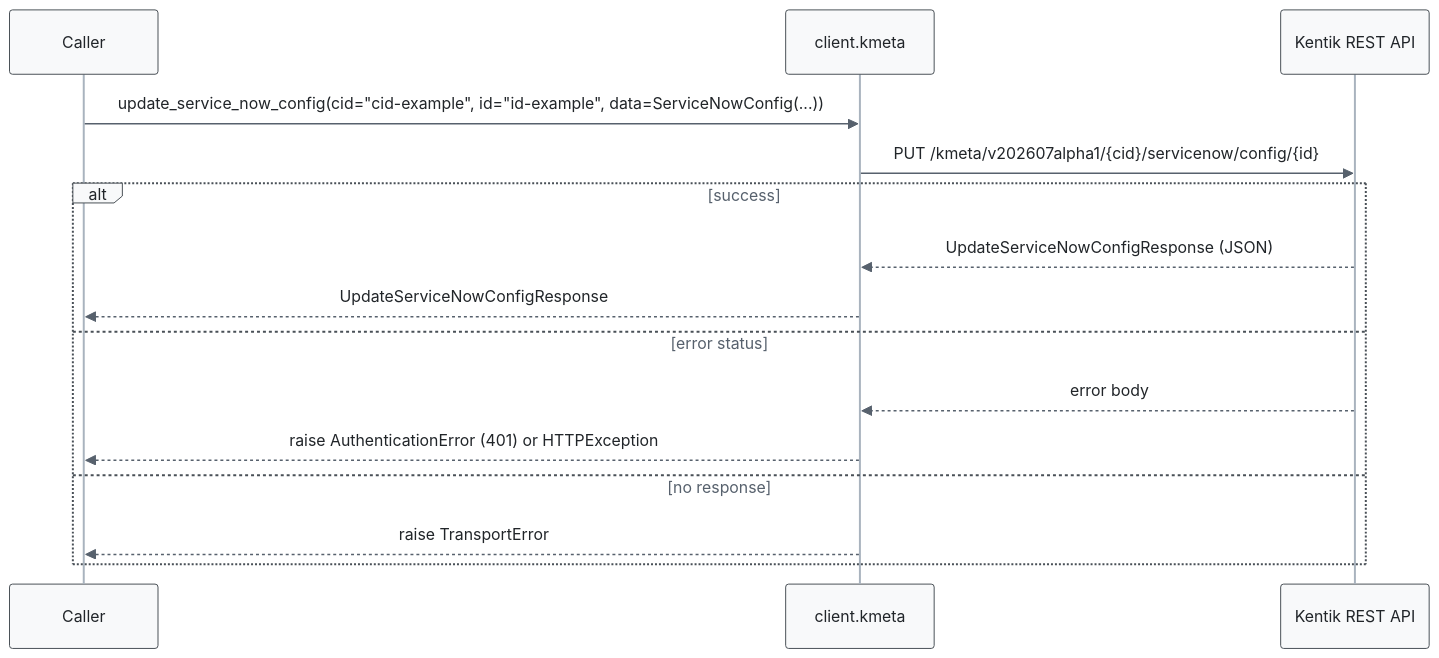
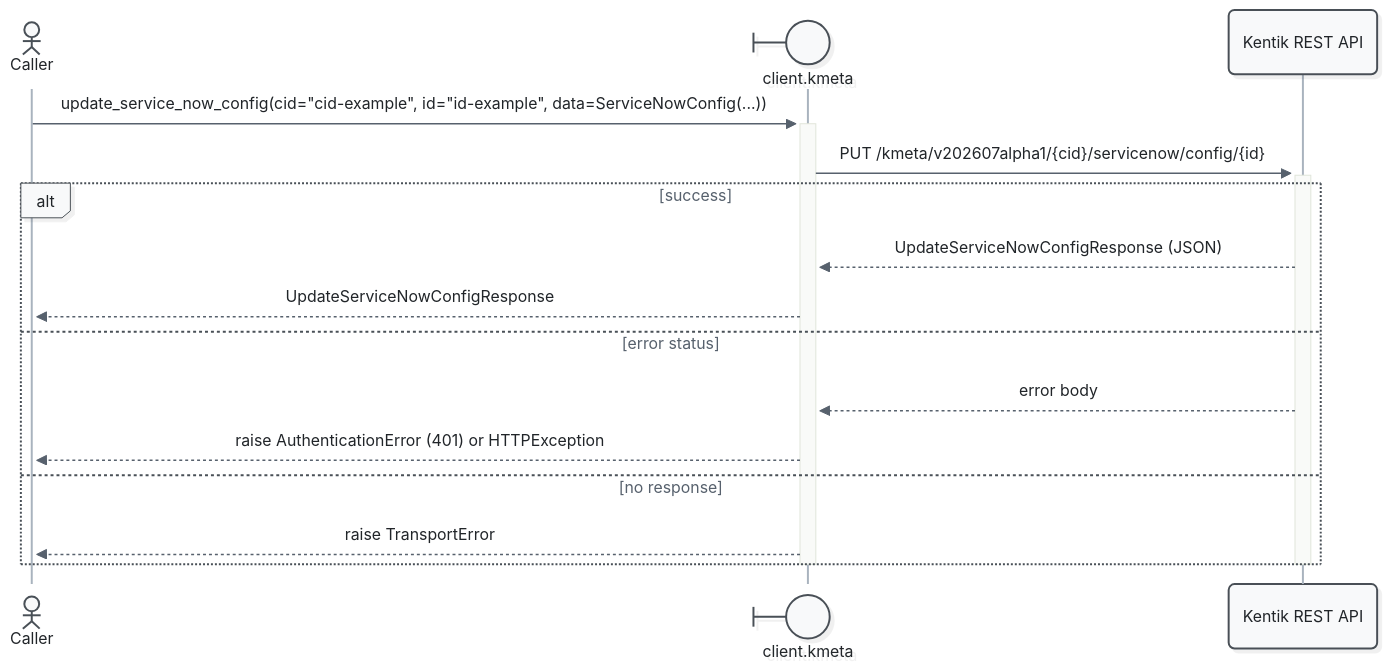
One commit to alexdearaujo/community_sdk_python changed the seventh of 11 diagrams in docs/sphinx/services/kmeta.md. Above: the diagram before and after it, drawn with Mermaid. The commit also changed other lines of this file and 52 other files, not shown here.

First line of the commit message:
docs: Mermaid 12 sequence diagrams with participant types and path colors

````diff
--- a/docs/sphinx/services/kmeta.md
+++ b/docs/sphinx/services/kmeta.md
@@ -272,19 +287,21 @@
 ```mermaid
-%%{init: {"theme": "base", "fontFamily": "ui-monospace, SFMono-Regular, Menlo, monospace", "themeVariables": {"fontFamily": "ui-monospace, SFMono-Regular, Menlo, monospace", "primaryColor": "#f8f9fa", "primaryBorderColor": "#495057", "primaryTextColor": "#212529", "textColor": "#212529", "lineColor": "#77818c", "edgeLabelBackground": "#ffffff", "actorBkg": "#f8f9fa", "actorBorder": "#495057", "actorTextColor": "#212529", "actorLineColor": "#a9b3be", "signalColor": "#57616d", "signalTextColor": "#212529", "labelBoxBkgColor": "#f8f9fa", "labelBoxBorderColor": "#495057", "labelTextColor": "#212529", "loopTextColor": "#57616d", "noteBkgColor": "#fff9db", "noteBorderColor": "#f08c00", "noteTextColor": "#a35a00"}, "flowchart": {"curve": "step", "nodeSpacing": 30, "rankSpacing": 70, "wrappingWidth": 400}}}%%
+%%{init: {"theme": "redux", "look": "neo", "layout": "dagre", "fontFamily": "ui-monospace, SFMono-Regular, Menlo, monospace", "themeVariables": {"fontFamily": "ui-monospace, SFMono-Regular, Menlo, monospace", "primaryColor": "#f8f9fa", "primaryBorderColor": "#495057", "primaryTextColor": "#212529", "textColor": "#212529", "lineColor": "#77818c", "edgeLabelBackground": "#ffffff", "actorBkg": "#f8f9fa", "actorBorder": "#495057", "actorTextColor": "#212529", "actorLineColor": "#a9b3be", "signalColor": "#57616d", "signalTextColor": "#212529", "labelBoxBkgColor": "#f8f9fa", "labelBoxBorderColor": "#495057", "labelTextColor": "#212529", "loopTextColor": "#57616d", "noteBkgColor": "#fff9db", "noteBorderColor": "#f08c00", "noteTextColor": "#a35a00"}, "sequence": {"activationWidth": 16}, "flowchart": {"curve": "step", "nodeSpacing": 30, "rankSpacing": 70, "wrappingWidth": 400}}}%%
 sequenceDiagram
-    participant C as Caller
-    participant W as client.kmeta
+    actor C as Caller
+    participant W@{ "type": "boundary" } as client.kmeta
     participant API as Kentik REST API
 
-    C->>W: update_service_now_config(cid="cid-example", id="id-example", data=ServiceNowConfig(...))
-    W->>API: PUT /kmeta/v202607alpha1/{cid}/servicenow/config/{id}
+    C->>+W: update_service_now_config(cid="cid-example", id="id-example", data=ServiceNowConfig(...))
+    W->>+API: PUT /kmeta/v202607alpha1/{cid}/servicenow/config/{id}
     alt success
         API-->>W: UpdateServiceNowConfigResponse (JSON)
         W-->>C: UpdateServiceNowConfigResponse
     else error status
         API-->>W: error body
         W-->>C: raise AuthenticationError (401) or HTTPException
     else no response
         W-->>C: raise TransportError
     end
+    deactivate API
+    deactivate W
 ```
````
